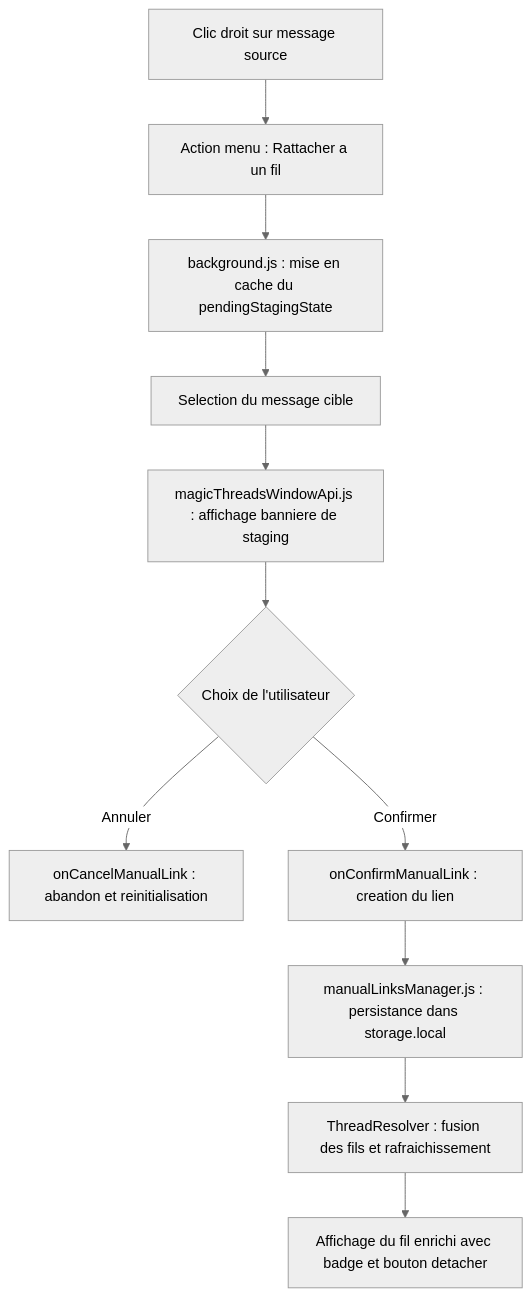
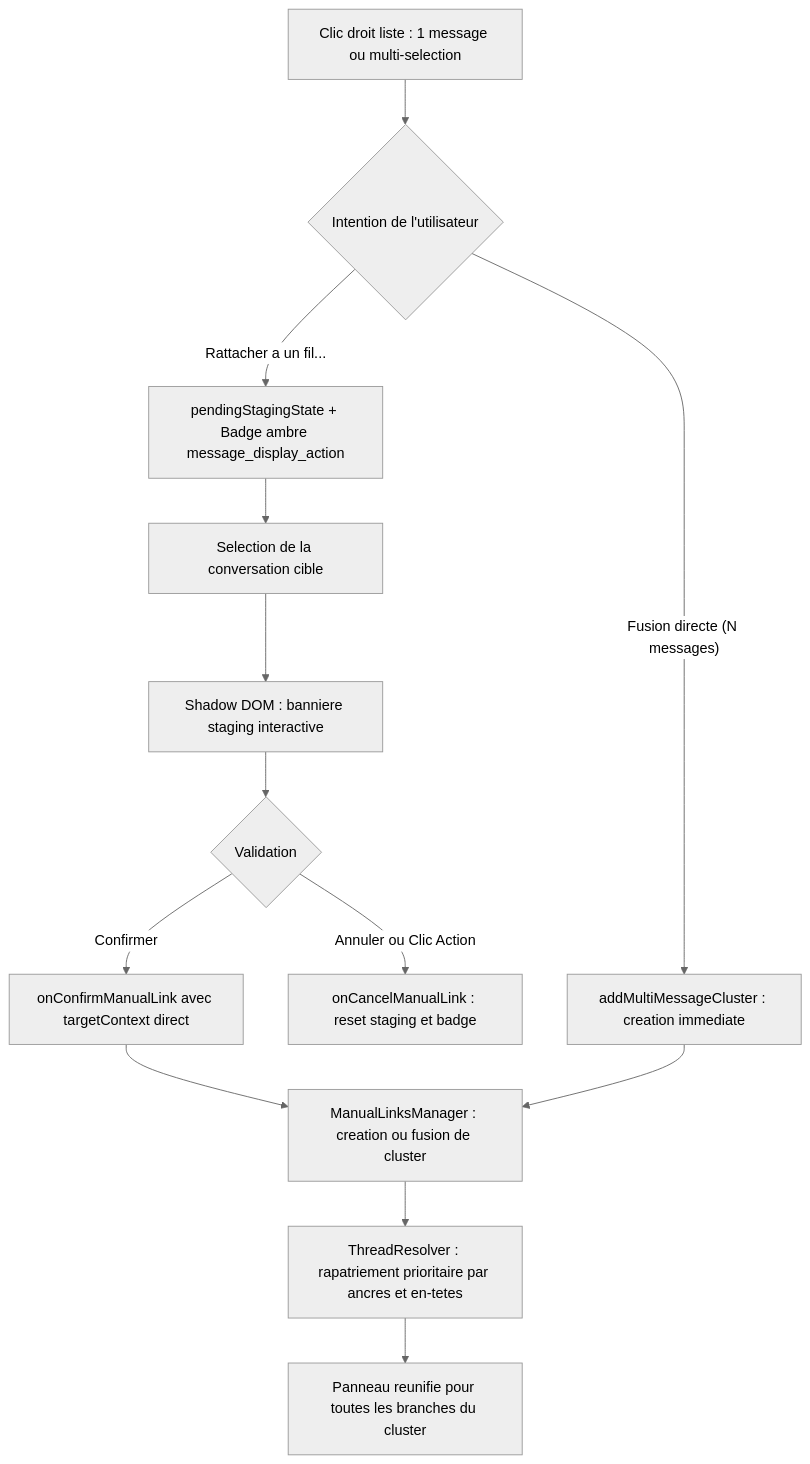
Before and after one commit to mtfkarukera/magic-threads: the fifth of 7 diagrams in ARCHITECTURE.md, drawn with Mermaid (neutral theme). The commit also changed other lines of this file and 12 other files, not shown here.

Commit message:
feat: clusters de conversation, bouton d'action et multi-sélection (v2.7.0)

````diff
--- a/ARCHITECTURE.md
+++ b/ARCHITECTURE.md
@@ -250,13 +250,15 @@
 ```mermaid
 flowchart TD
-    A["Clic droit sur message source"] --> B["Action menu : Rattacher a un fil"]
-    B --> C["background.js : mise en cache du pendingStagingState"]
-    C --> D["Selection du message cible"]
-    D --> E["magicThreadsWindowApi.js : affichage banniere de staging"]
-    E --> F{"Choix de l'utilisateur"}
-    F -->|"Annuler"| G["onCancelManualLink : abandon et reinitialisation"]
-    F -->|"Confirmer"| H["onConfirmManualLink : creation du lien"]
-    H --> I["manualLinksManager.js : persistance dans storage.local"]
-    I --> J["ThreadResolver : fusion des fils et rafraichissement"]
-    J --> K["Affichage du fil enrichi avec badge et bouton detacher"]
+    A["Clic droit liste : 1 message ou multi-selection"] --> B{"Intention de l'utilisateur"}
+    B -->|"Fusion directe (N messages)"| C["addMultiMessageCluster : creation immediate"]
+    B -->|"Rattacher a un fil..."| D["pendingStagingState + Badge ambre message_display_action"]
+    D --> E["Selection de la conversation cible"]
+    E --> F["Shadow DOM : banniere staging interactive"]
+    F --> G{"Validation"}
+    G -->|"Annuler ou Clic Action"| H["onCancelManualLink : reset staging et badge"]
+    G -->|"Confirmer"| I["onConfirmManualLink avec targetContext direct"]
+    I --> J["ManualLinksManager : creation ou fusion de cluster"]
+    C --> J
+    J --> K["ThreadResolver : rapatriement prioritaire par ancres et en-tetes"]
+    K --> L["Panneau reunifie pour toutes les branches du cluster"]
 ```
````
